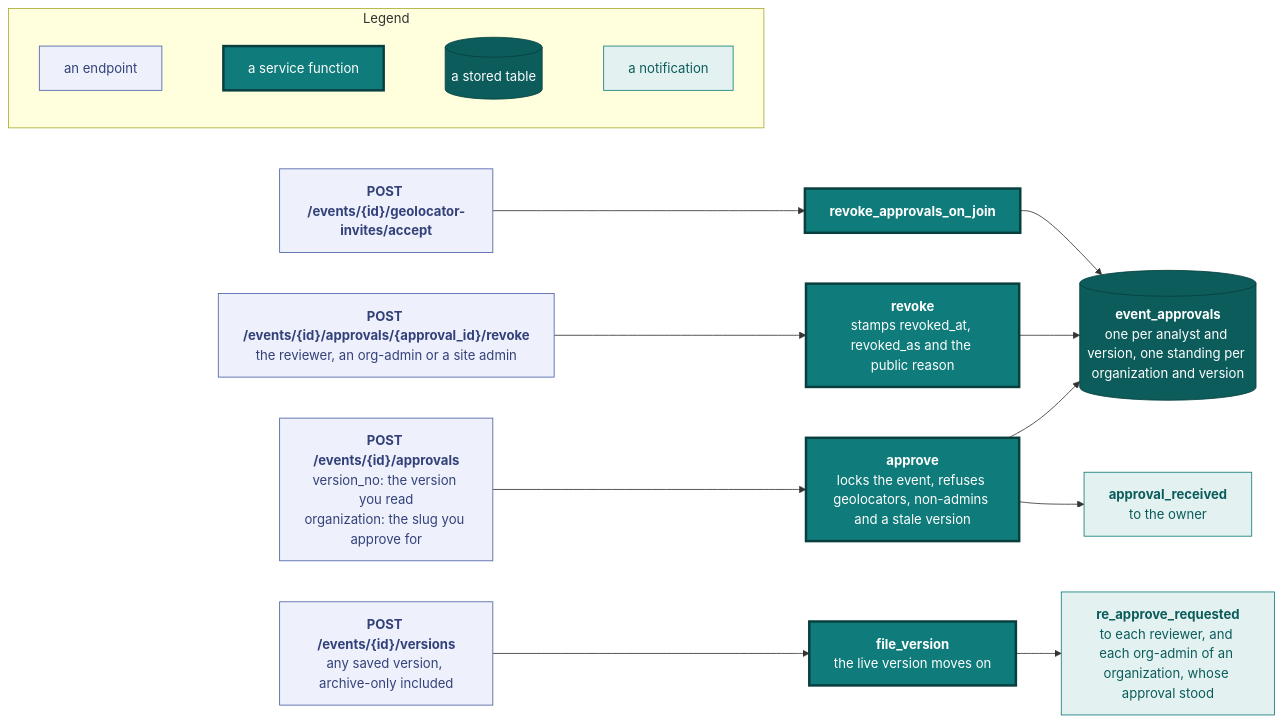
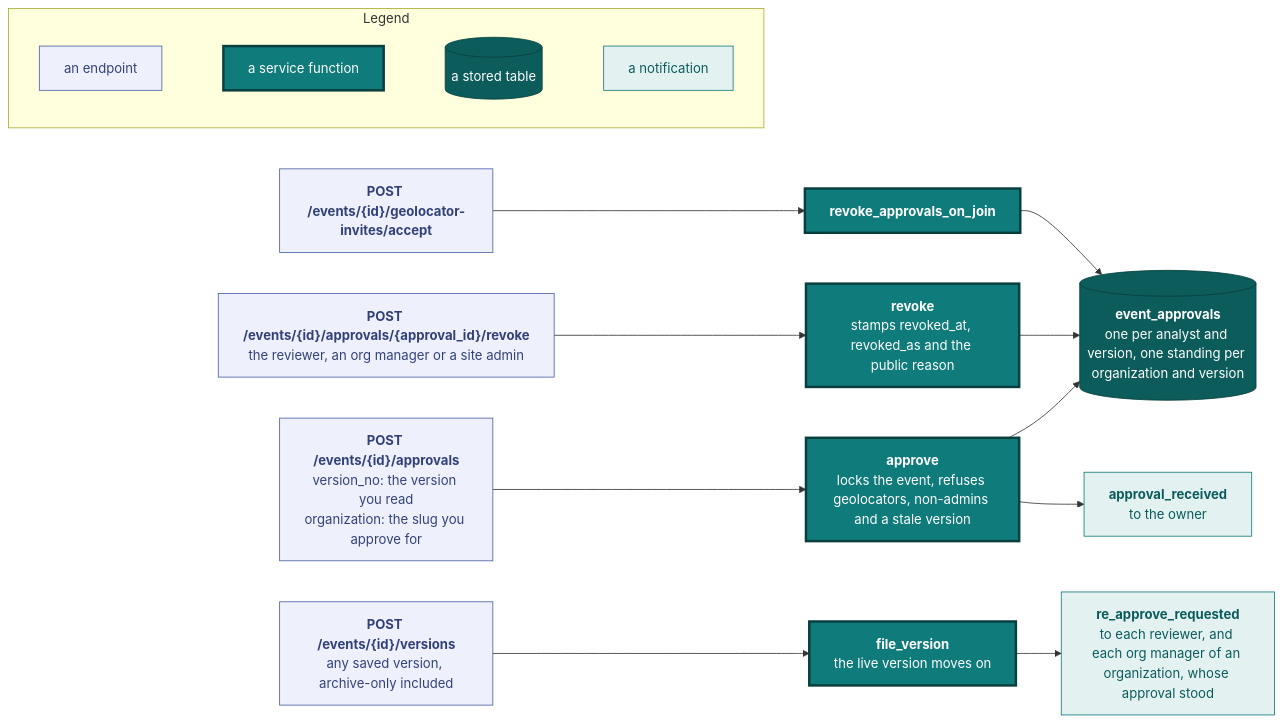
The fourth of 8 diagrams in docs/api.md (vidithq/vidit), drawn with Mermaid before and after one commit. The commit also changed other lines of this file and 120 other files, not shown here.

````diff
--- a/docs/api.md
+++ b/docs/api.md
@@ -1429,44 +1436,44 @@
 ```mermaid
 flowchart LR
   classDef spec fill:#eef1fb,stroke:#4a5fa5,color:#33417a
   classDef core fill:#0f7b7a,stroke:#083f3e,stroke-width:3px,color:#ffffff
   classDef store fill:#0b5c5b,stroke:#083f3e,color:#ffffff
   classDef shared fill:#e3f2f1,stroke:#0f7b7a,color:#0b5c5b
 
   subgraph legend [Legend]
     direction LR
     l1["`an endpoint`"]:::spec
     l2["`a service function`"]:::core
     l3[("`a stored table`")]:::store
     l4["`a notification`"]:::shared
     l1 ~~~ l2 ~~~ l3 ~~~ l4
   end
 
   approve["`**POST /events/{id}/approvals**
   version_no: the version you read
   organization: the slug you approve for`"]:::spec
   revokeep["`**POST /events/{id}/approvals/{approval_id}/revoke**
-  the reviewer, an org-admin or a site admin`"]:::spec
+  the reviewer, an org manager or a site admin`"]:::spec
   edit["`**POST /events/{id}/versions**
   any saved version, archive-only included`"]:::spec
   accept["`**POST /events/{id}/geolocator-invites/accept**`"]:::spec
   place["`**approve**
   locks the event, refuses geolocators, non-admins and a stale version`"]:::core
   revoke["`**revoke**
   stamps revoked_at, revoked_as and the public reason`"]:::core
   file["`**file_version**
   the live version moves on`"]:::core
   join["`**revoke_approvals_on_join**`"]:::core
   rows[("`**event_approvals**
   one per analyst and version, one standing per organization and version`")]:::store
   received["`**approval_received**
   to the owner`"]:::shared
   again["`**re_approve_requested**
-  to each reviewer, and each org-admin of an organization, whose approval stood`"]:::shared
+  to each reviewer, and each org manager of an organization, whose approval stood`"]:::shared
 
   approve --> place --> rows
   place --> received
   revokeep --> revoke --> rows
   edit --> file --> again
   accept --> join --> rows
 ```
````
